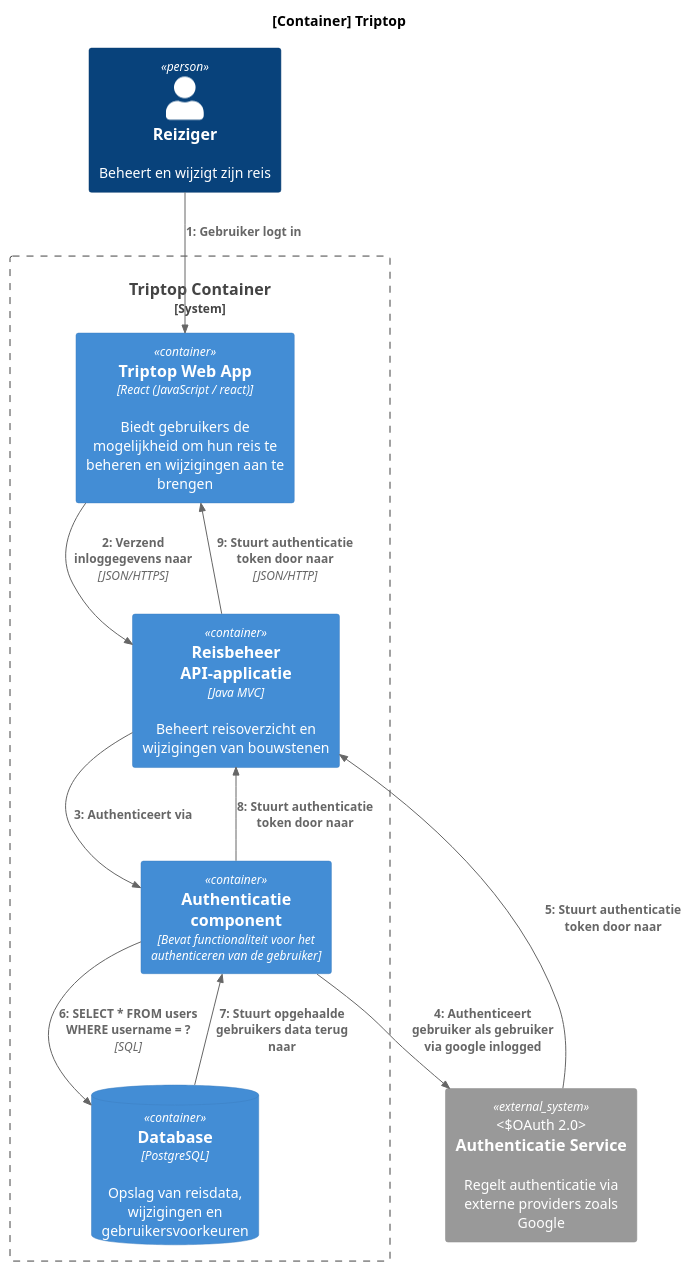
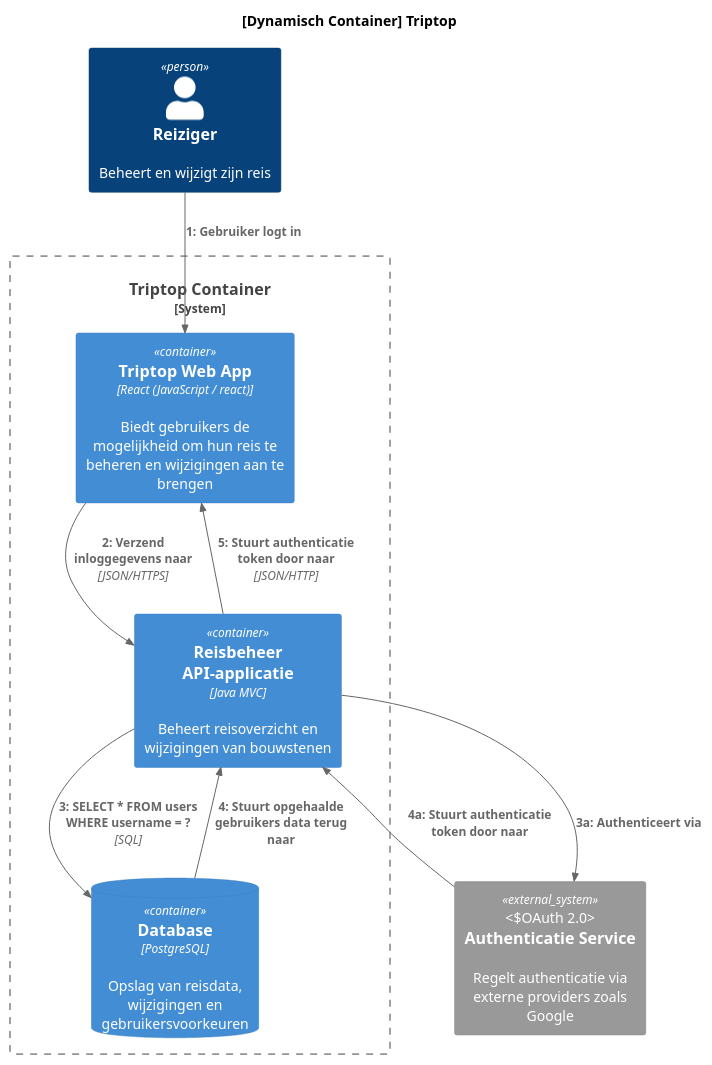
Before and after one commit to AIM-ENE-feb25/triptop-groep-4-afscheidscadeau-voor-juf-kim: the diagram in opdracht-diagrammen/Dynamisch Diagram inloggen.puml, drawn with PlantUML. The commit also changed other lines of this file, not shown here.

Commit message:
Verbeterd Dynamisch Diagram inloggen.puml

````diff
--- a/opdracht-diagrammen/Dynamisch Diagram inloggen.puml
+++ b/opdracht-diagrammen/Dynamisch Diagram inloggen.puml
@@ -1,40 +1,35 @@
 @startuml
 !include https://raw.githubusercontent.com/plantuml-stdlib/C4-PlantUML/master/C4_Dynamic.puml
 
 
-title [Container] Triptop
+title [Dynamisch Container] Triptop
 
 Person(user, "Reiziger", "Beheert en wijzigt zijn reis")
 
 System_Boundary(triptop, "Triptop Container") {
 
     Container(web, "Triptop Web App", "React (JavaScript / react)", "Biedt gebruikers de mogelijkheid om hun reis te beheren en wijzigingen aan te brengen")
 
 '    Nodig?
 '    Container(api, "API Gateway", "Java MVC", "")
 
     Container(trip_manager, "Reisbeheer API-applicatie", "Java MVC", "Beheert reisoverzicht en wijzigingen van bouwstenen")
 
     ContainerDb(db, "Database", "PostgreSQL", "Opslag van reisdata, wijzigingen en gebruikersvoorkeuren")
-
-    Container(authenticatie, "Authenticatie component", "Bevat functionaliteit voor het authenticeren van de gebruiker")
-
 }
 
 System_Ext(authService, "Authenticatie Service", "Regelt authenticatie via externe providers zoals Google", OAuth 2.0)
 
 Rel(user, web, "Gebruiker logt in")
 Rel(web, trip_manager, "Verzend inloggegevens naar", JSON/HTTPS)
 
-Rel(trip_manager, authenticatie, "Authenticeert via")
-Rel(authenticatie, authService, "Authenticeert gebruiker als gebruiker via google inlogged")
-Rel(authService, trip_manager, "Stuurt authenticatie token door naar")
+Rel(trip_manager, authService, "Authenticeert via", $index = 3a)
+Rel(authService, trip_manager, "Stuurt authenticatie token door naar", $index = 4a )
 
-Rel(authenticatie, db,"SELECT * FROM users WHERE username = ?", "SQL")
-Rel(db, authenticatie, "Stuurt opgehaalde gebruikers data terug naar")
-Rel(authenticatie, trip_manager, "Stuurt authenticatie token door naar")
+Rel(trip_manager, db,"SELECT * FROM users WHERE username = ?", "SQL")
+Rel(db, trip_manager, "Stuurt opgehaalde gebruikers data terug naar")
 Rel(trip_manager, web, "Stuurt authenticatie token door naar", "JSON/HTTP")
 
 
 
 @enduml```
````
